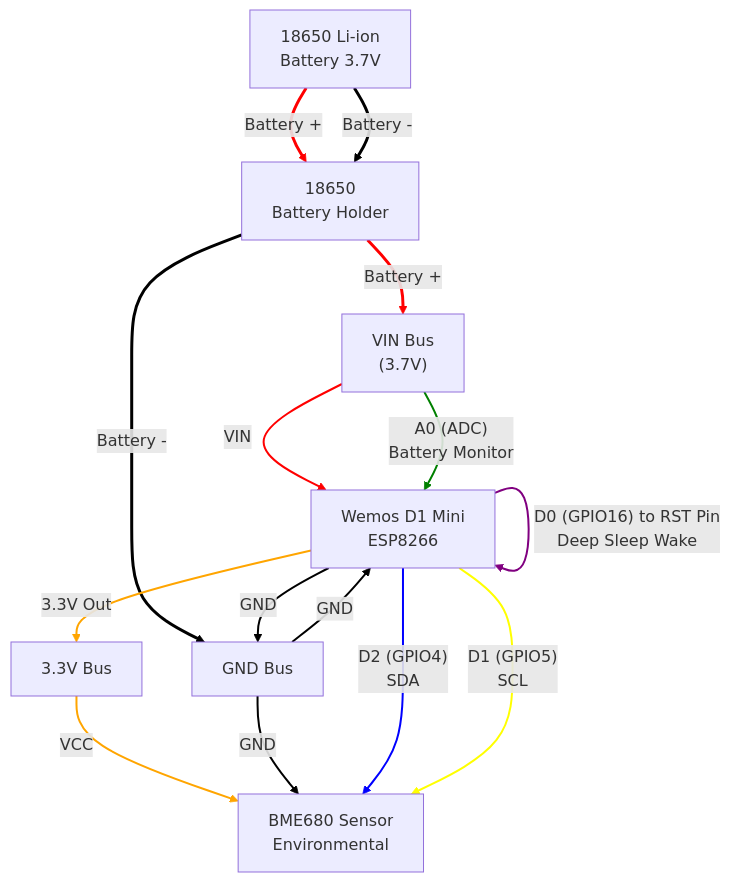
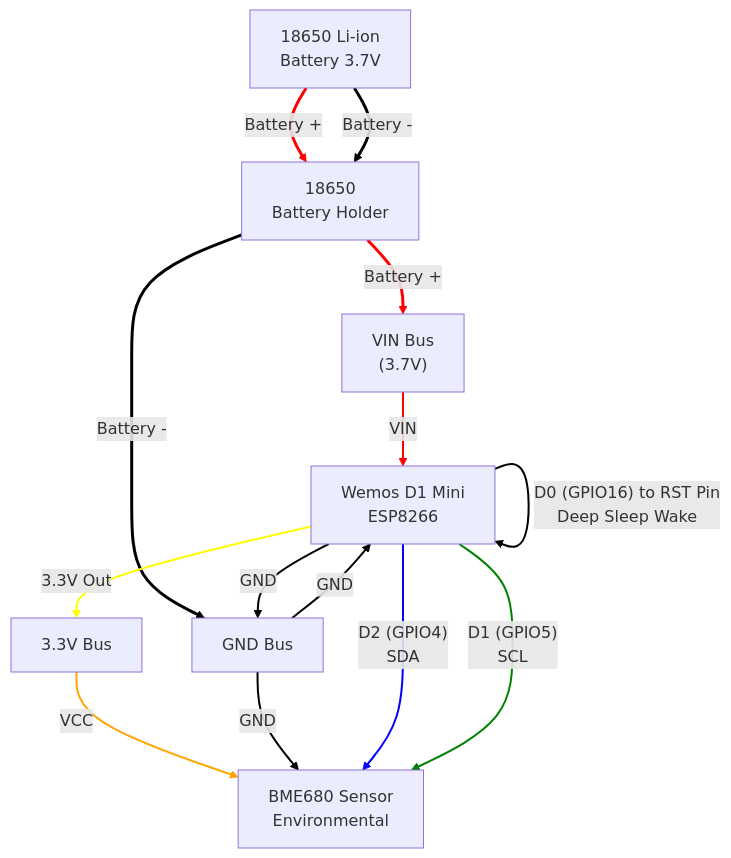
The first of 2 diagrams in design/wiring-diagram.md (markporter/ha_temp_sensor), drawn with Mermaid before and after one commit. The commit also changed other lines of this file and 5 other files, not shown here.

````diff
--- a/design/wiring-diagram.md
+++ b/design/wiring-diagram.md
@@ -7,69 +7,64 @@
 ```mermaid
 graph TD
     %% Object Definitions
     WemosD1["Wemos D1 Mini<br/>ESP8266"]
     BME680["BME680 Sensor<br/>Environmental"]
     Battery["18650 Li-ion<br/>Battery 3.7V"]
     BatteryHolder["18650<br/>Battery Holder"]
     
     %% Power Distribution
     VINBus["VIN Bus<br/>(3.7V)"]
     V33Bus["3.3V Bus"]
     GNDBus["GND Bus"]
     
     %% Connections - Power
     Battery -->|"Battery +"| BatteryHolder
     Battery -->|"Battery -"| BatteryHolder
     BatteryHolder -->|"Battery +"| VINBus
     BatteryHolder -->|"Battery -"| GNDBus
     VINBus -->|"VIN"| WemosD1
     GNDBus -->|"GND"| WemosD1
     
     %% Power Distribution from Wemos
     WemosD1 -->|"3.3V Out"| V33Bus
     WemosD1 -->|"GND"| GNDBus
     
     %% Sensor Power
     V33Bus -->|"VCC"| BME680
     GNDBus -->|"GND"| BME680
     
     %% I2C Communication
     WemosD1 -->|"D2 (GPIO4)<br/>SDA"| BME680
     WemosD1 -->|"D1 (GPIO5)<br/>SCL"| BME680
     
     %% Deep Sleep Wake Connection (CRITICAL)
     WemosD1 -->|"D0 (GPIO16) to RST Pin<br/>Deep Sleep Wake"| WemosD1
-
-    %% Battery Monitoring (optional voltage divider)
-    VINBus -->|"A0 (ADC)<br/>Battery Monitor"| WemosD1
     
     %% Link Styles
     %% Battery -->|"Battery +"| BatteryHolder
     linkStyle 0 stroke:red,stroke-width:3px
     %% Battery -->|"Battery -"| BatteryHolder
     linkStyle 1 stroke:black,stroke-width:3px
     %% BatteryHolder -->|"Battery +"| VINBus
     linkStyle 2 stroke:red,stroke-width:3px
     %% BatteryHolder -->|"Battery -"| GNDBus
     linkStyle 3 stroke:black,stroke-width:3px
     %% VINBus -->|"VIN"| WemosD1
     linkStyle 4 stroke:red,stroke-width:2px
     %% GNDBus -->|"GND"| WemosD1
     linkStyle 5 stroke:black,stroke-width:2px
     %% WemosD1 -->|"3.3V Out"| V33Bus
-    linkStyle 6 stroke:orange,stroke-width:2px
+    linkStyle 6 stroke:yellow,stroke-width:2px
     %% WemosD1 -->|"GND"| GNDBus
     linkStyle 7 stroke:black,stroke-width:2px
     %% V33Bus -->|"VCC"| BME680
     linkStyle 8 stroke:orange,stroke-width:2px
     %% GNDBus -->|"GND"| BME680
     linkStyle 9 stroke:black,stroke-width:2px
     %% WemosD1 -->|"D2 (GPIO4)<br/>SDA"| BME680
     linkStyle 10 stroke:blue,stroke-width:2px
     %% WemosD1 -->|"D1 (GPIO5)<br/>SCL"| BME680
-    linkStyle 11 stroke:yellow,stroke-width:2px
+    linkStyle 11 stroke:green,stroke-width:2px
     %% WemosD1 -->|"D0 (GPIO16)<br/>Deep Sleep Wake"| WemosD1
-    linkStyle 12 stroke:purple,stroke-width:2px
-    %% VINBus -->|"A0 (ADC)<br/>Battery Monitor"| WemosD1
-    linkStyle 13 stroke:green,stroke-width:2px
+    linkStyle 12 stroke:black,stroke-width:2px
 ```
````
